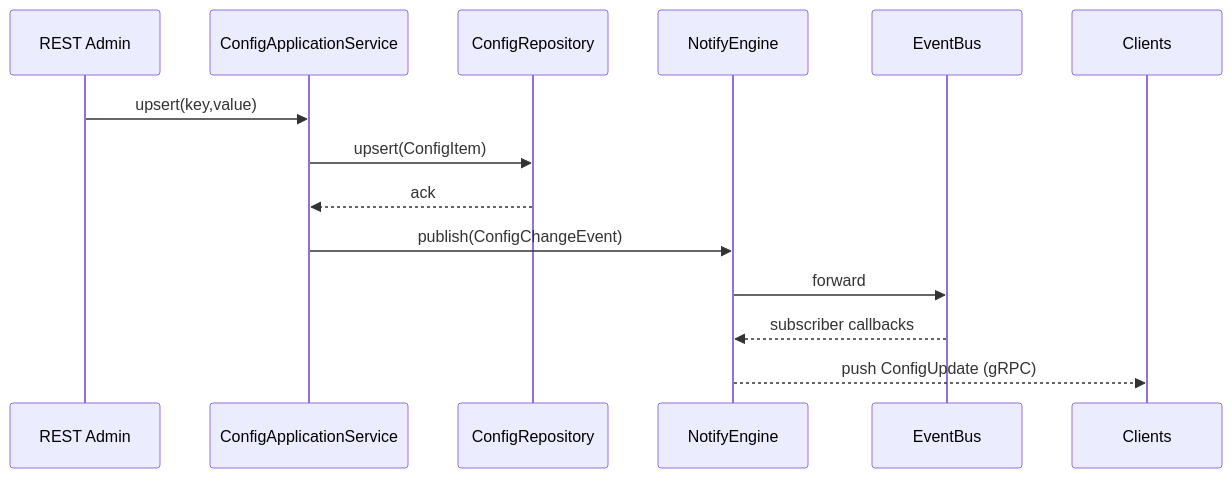
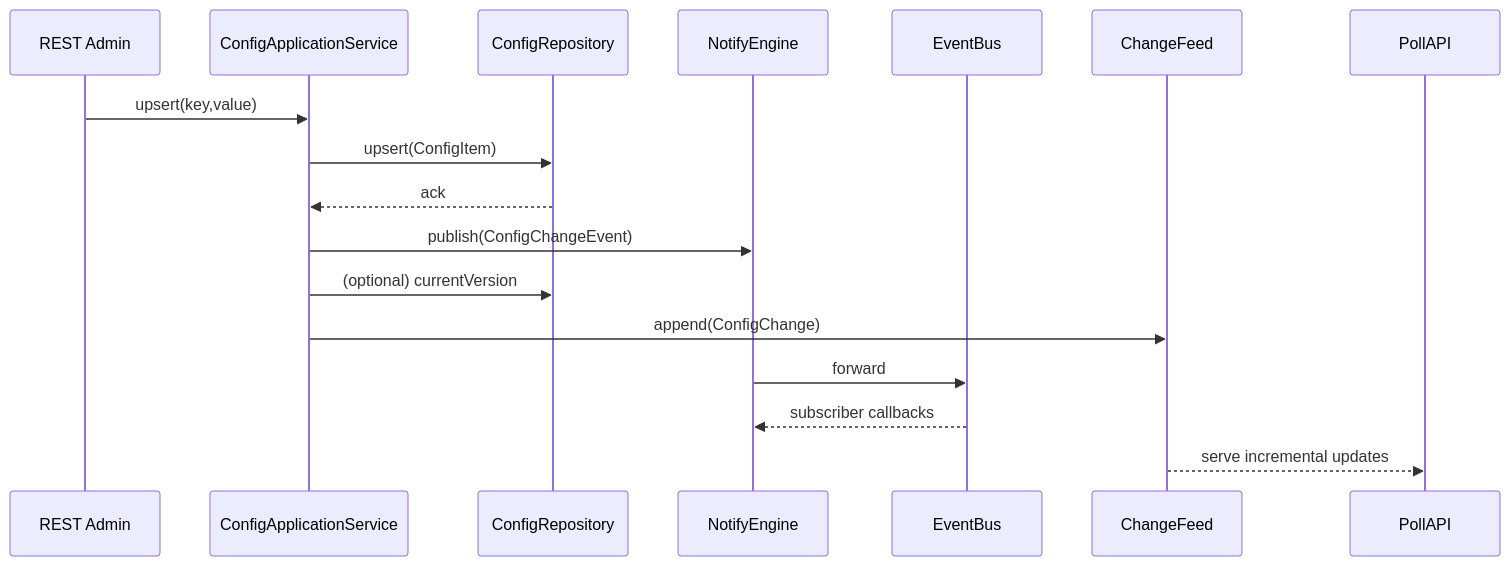
The diagram in docs/diagrams/server-module-flow.md (wuuJiawei/lighting-config), drawn with Mermaid before and after one commit. The commit also changed 32 other files, not shown here.

````diff
--- a/docs/diagrams/server-module-flow.md
+++ b/docs/diagrams/server-module-flow.md
@@ -3,16 +3,18 @@
 ```mermaid
 sequenceDiagram
     participant AdminAPI as REST Admin
     participant Service as ConfigApplicationService
     participant Repo as ConfigRepository
     participant Notify as NotifyEngine
     participant EventBus as EventBus
 
     AdminAPI->>Service: upsert(key,value)
     Service->>Repo: upsert(ConfigItem)
     Repo-->>Service: ack
     Service->>Notify: publish(ConfigChangeEvent)
+    Service->>Repo: (optional) currentVersion
+    Service->>ChangeFeed: append(ConfigChange)
     Notify->>EventBus: forward
     EventBus-->>Notify: subscriber callbacks
-    Notify-->>Clients: push ConfigUpdate (gRPC)
+    ChangeFeed-->>PollAPI: serve incremental updates
 ```
````
